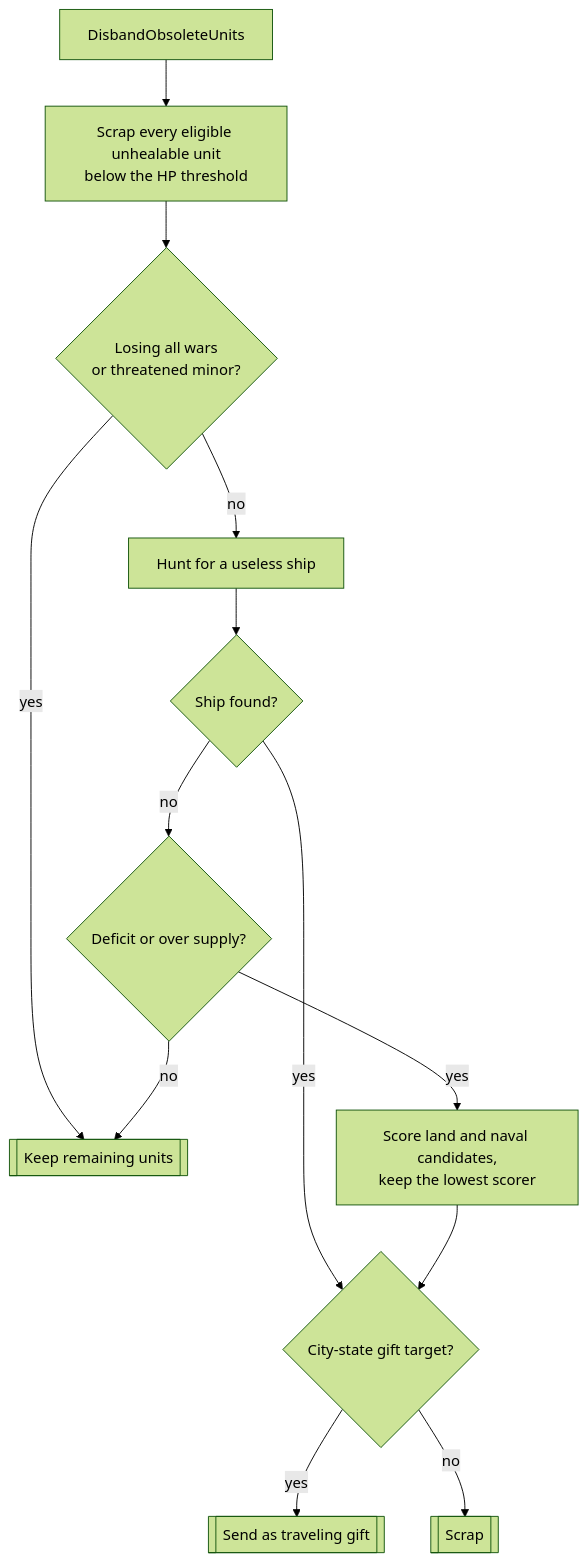
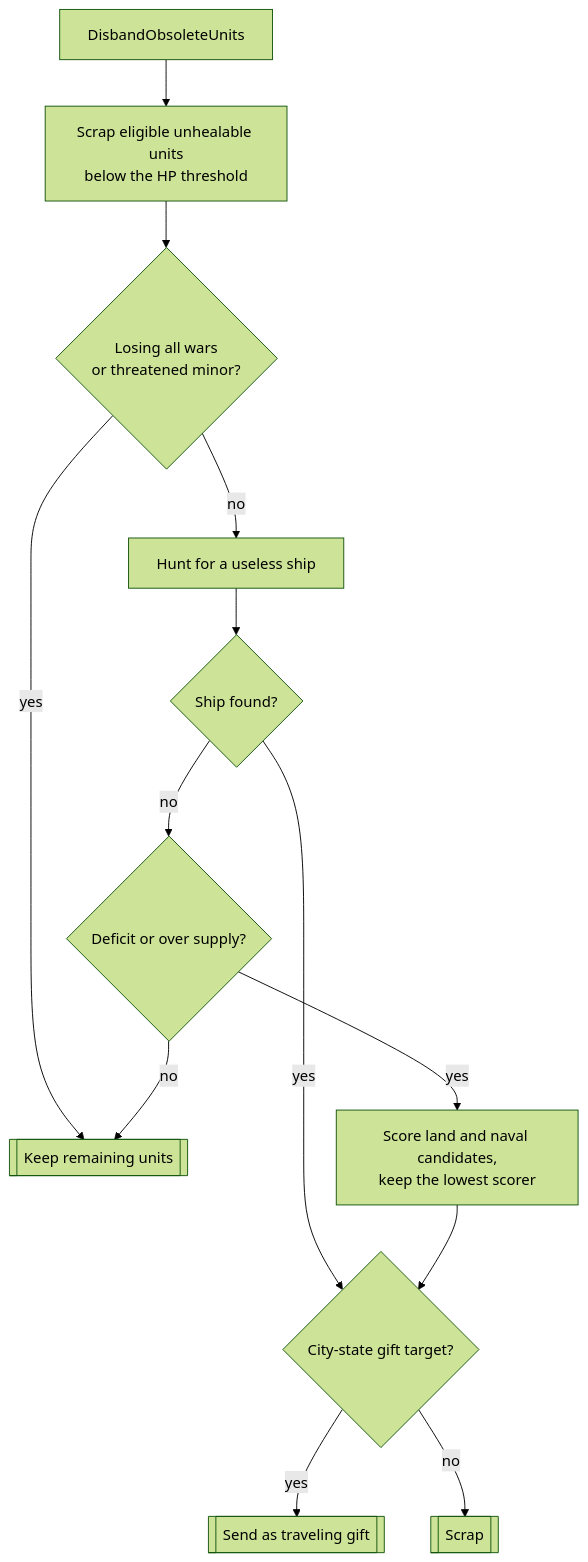
The diagram in docs/developers/civ5-dll/unit-ai/cleanup.md (vox-deorum/vox-deorum), drawn with Mermaid (forest theme) before and after one commit. The commit also changed other lines of this file and 14 other files, not shown here.

````diff
--- a/docs/developers/civ5-dll/unit-ai/cleanup.md
+++ b/docs/developers/civ5-dll/unit-ai/cleanup.md
@@ -11,15 +22,15 @@
 ```mermaid
 flowchart TD
-    S[DisbandObsoleteUnits] --> H[Scrap every eligible unhealable unit<br/>below the HP threshold]
+    S[DisbandObsoleteUnits] --> H[Scrap eligible unhealable units<br/>below the HP threshold]
     H --> L{Losing all wars<br/>or threatened minor?}
     L -->|yes| E[[Keep remaining units]]
     L -->|no| U[Hunt for a useless ship]
     U --> F{Ship found?}
     F -->|no| P{Deficit or over supply?}
     P -->|yes| C[Score land and naval candidates,<br/>keep the lowest scorer]
     P -->|no| E
     F -->|yes| G{City-state gift target?}
     C --> G
     G -->|yes| M[[Send as traveling gift]]
     G -->|no| X[[Scrap]]
 ```
````
